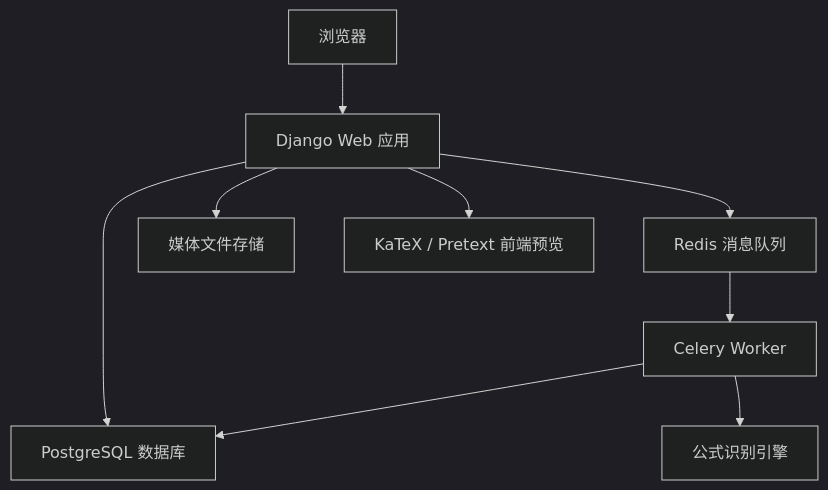
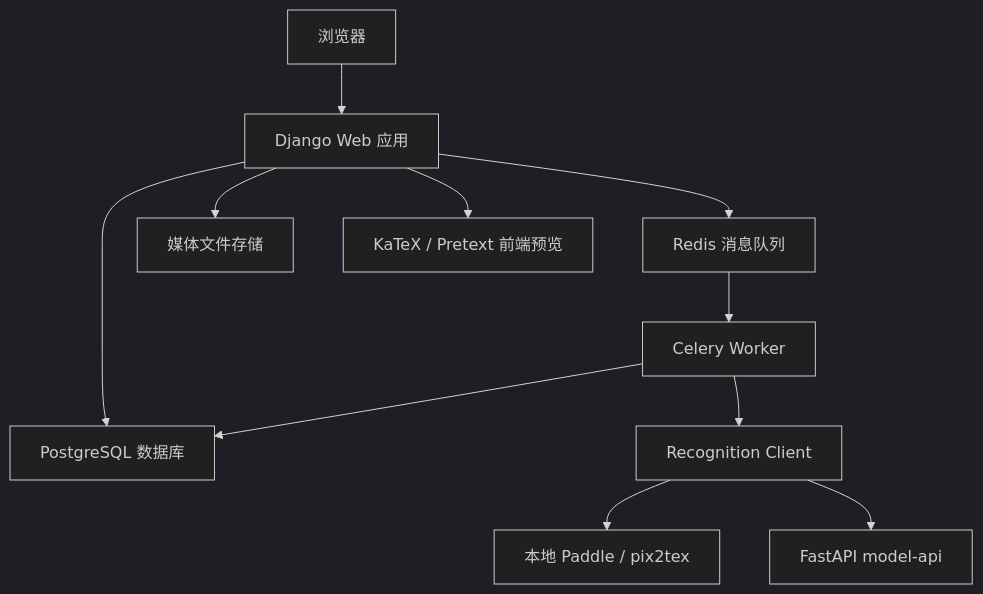
The diagram in docs/02-总体架构.md (Timcai06/LinuxWeek11-Django-FormulaLab), drawn with Mermaid (dark theme) before and after one commit. The commit also changed other lines of this file and 28 other files, not shown here.

Commit message:
Add FastAPI model service boundary

````diff
--- a/docs/02-总体架构.md
+++ b/docs/02-总体架构.md
@@ -13,11 +13,13 @@
 ```mermaid
 flowchart TD
     A["浏览器"] --> B["Django Web 应用"]
     B --> C["PostgreSQL 数据库"]
     B --> D["Redis 消息队列"]
     D --> E["Celery Worker"]
-    E --> F["公式识别引擎"]
+    E --> F["Recognition Client"]
+    F --> I["本地 Paddle / pix2tex"]
+    F --> J["FastAPI model-api"]
     E --> C
     B --> G["媒体文件存储"]
     B --> H["KaTeX / Pretext 前端预览"]
 ```
````
